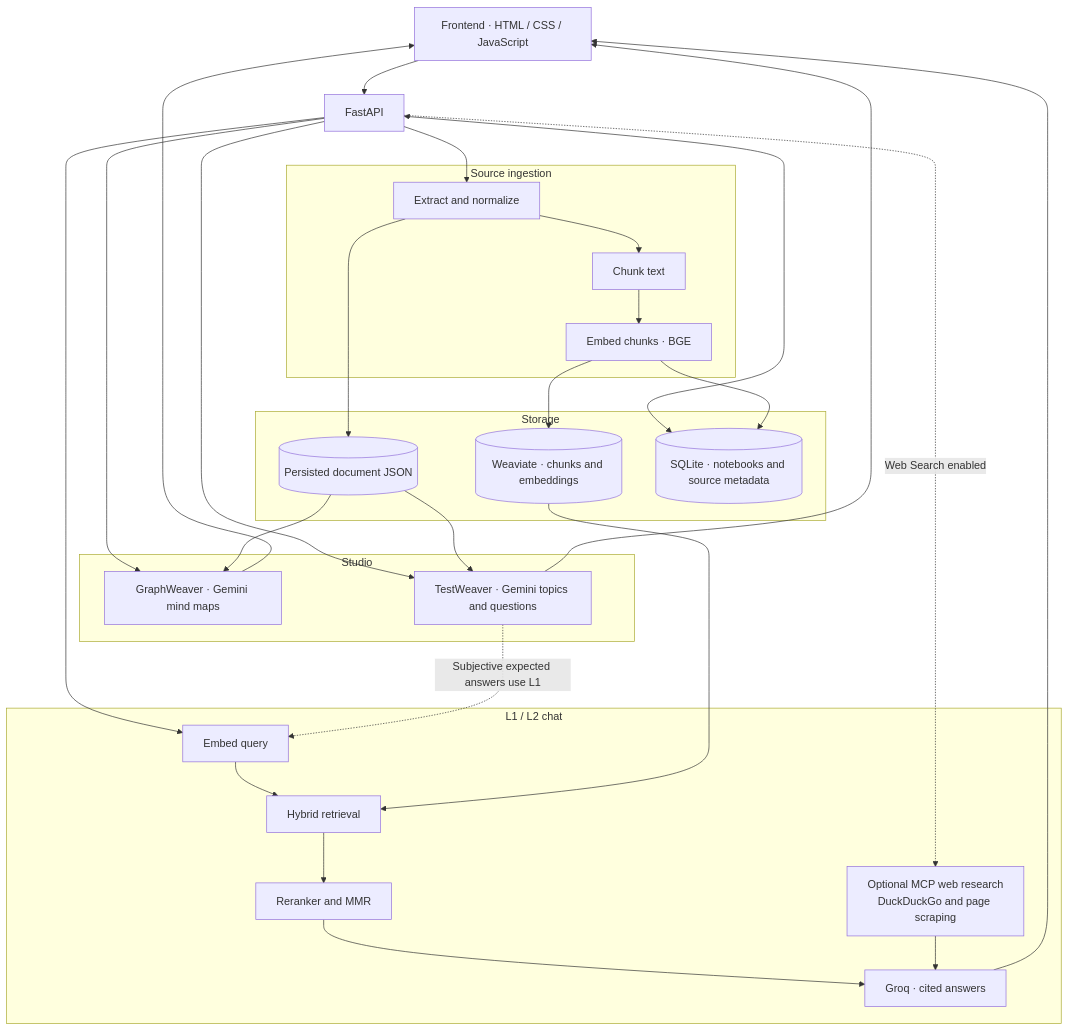
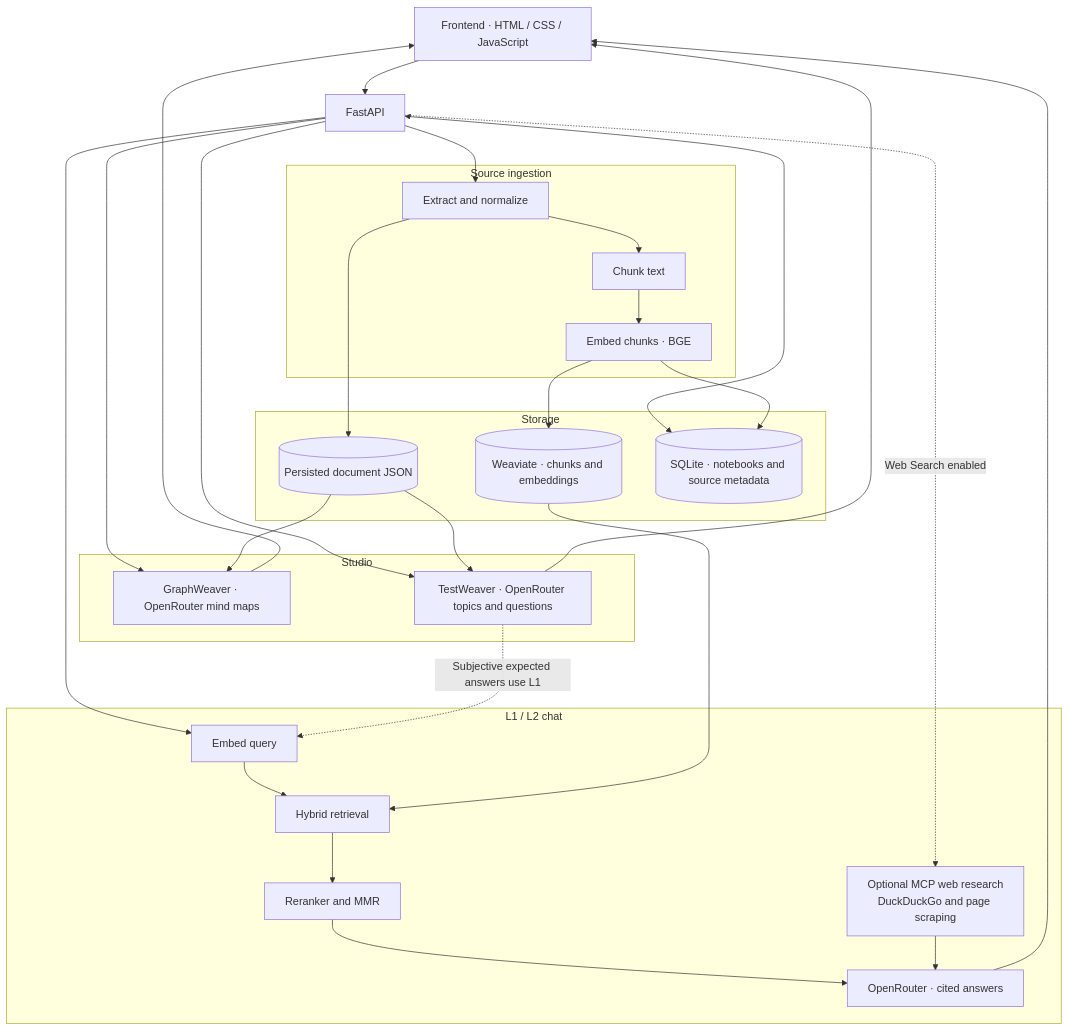
One commit to Beriyev/Hereshko changed the first of 2 diagrams in README.md. Above: the diagram before and after it, drawn with Mermaid. The commit also changed other lines of this file and 14 other files, not shown here.

````diff
--- a/README.md
+++ b/README.md
@@ -104,44 +104,44 @@
 ```mermaid
 flowchart TB
     frontend["Frontend · HTML / CSS / JavaScript"] --> api["FastAPI"]
 
     subgraph ingestion["Source ingestion"]
         extract["Extract and normalize"] --> chunk["Chunk text"]
         chunk --> embed["Embed chunks · BGE"]
     end
 
     subgraph storage["Storage"]
         documents[("Persisted document JSON")]
         vectors[("Weaviate · chunks and embeddings")]
         metadata[("SQLite · notebooks and source metadata")]
     end
 
     subgraph chat["L1 / L2 chat"]
         query["Embed query"] --> retrieve["Hybrid retrieval"]
         retrieve --> rank["Reranker and MMR"]
-        rank --> answer["Groq · cited answers"]
+        rank --> answer["OpenRouter · cited answers"]
         research["Optional MCP web research\nDuckDuckGo and page scraping"] --> answer
     end
 
     subgraph studio["Studio"]
-        graphweaver["GraphWeaver · Gemini mind maps"]
-        tests["TestWeaver · Gemini topics and questions"]
+        graphweaver["GraphWeaver · OpenRouter mind maps"]
+        tests["TestWeaver · OpenRouter topics and questions"]
     end
 
     api --> extract
     api --> query
     api -. "Web Search enabled" .-> research
     api --> graphweaver
     api --> tests
     api <--> metadata
     extract --> documents
     embed --> vectors
     embed --> metadata
     vectors --> retrieve
     documents --> graphweaver
     documents --> tests
     tests -. "Subjective expected answers use L1" .-> query
     answer --> frontend
     graphweaver --> frontend
     tests --> frontend
 ```
````
